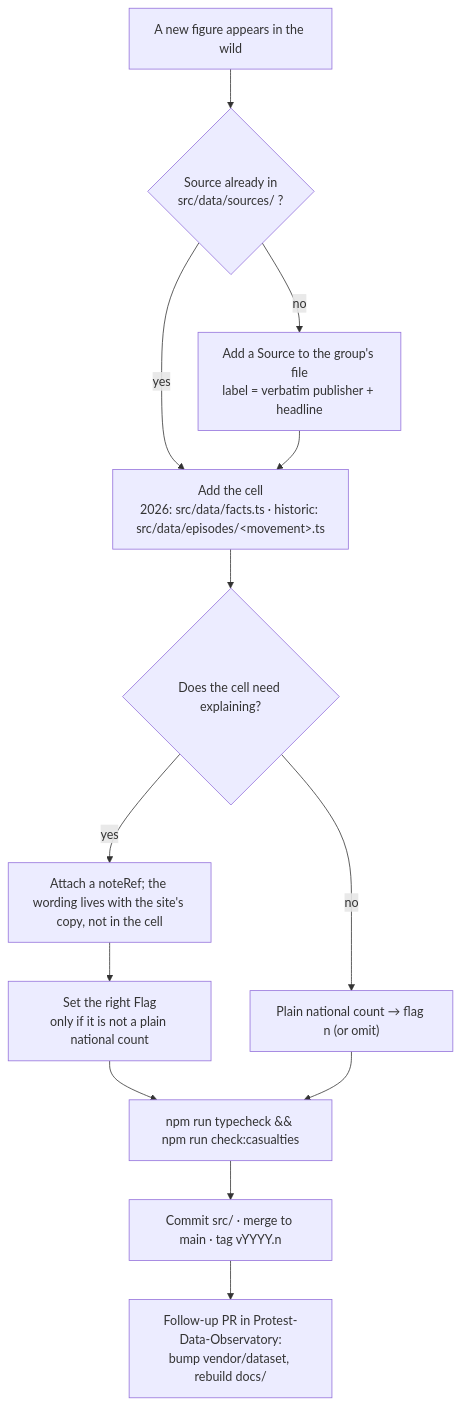
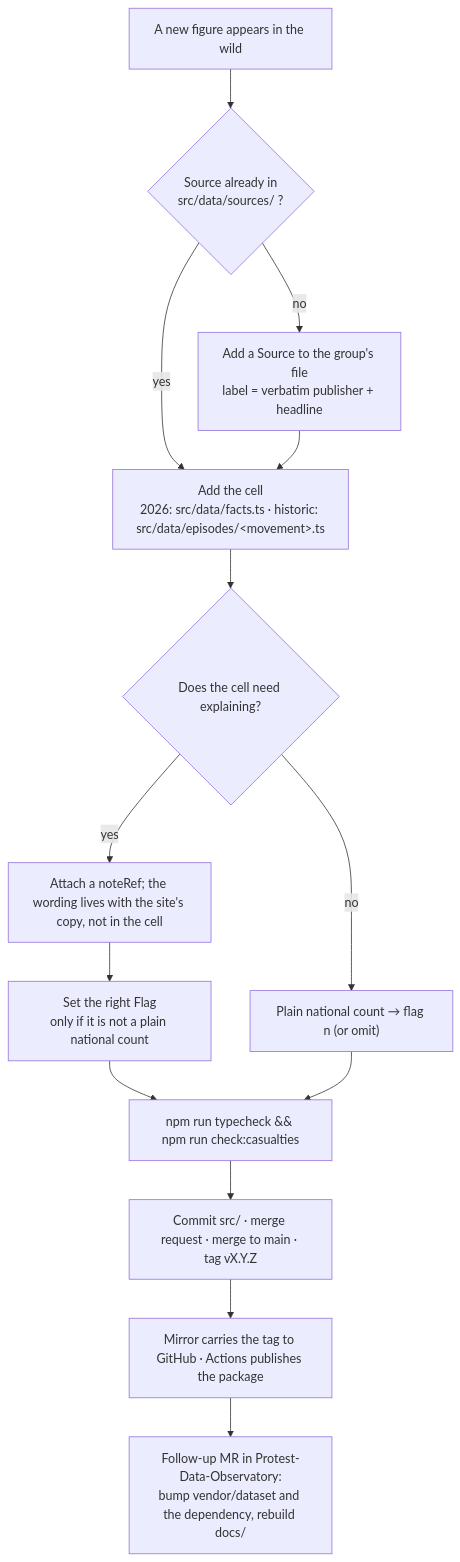
Before and after one commit to Manifestigations/Dataset: the second of 2 diagrams in README.md, drawn with Mermaid. The commit also changed other lines of this file and 8 other files, not shown here.

````diff
--- a/README.md
+++ b/README.md
@@ -357,15 +431,16 @@
 ```mermaid
 flowchart TD
   A["A new figure appears in the wild"] --> B{"Source already in<br/>src/data/sources/ ?"}
   B -- "no" --> B1["Add a Source to the group's file<br/>label = verbatim publisher + headline"]
   B -- "yes" --> C
   B1 --> C["Add the cell<br/>2026: src/data/facts.ts · historic: src/data/episodes/&lt;movement&gt;.ts"]
   C --> D{"Does the cell need explaining?"}
   D -- "yes" --> D1["Attach a noteRef; the wording lives with the site's copy, not in the cell"]
   D -- "no" --> E["Plain national count → flag n (or omit)"]
   D1 --> F["Set the right Flag<br/>only if it is not a plain national count"]
   F --> G
   E --> G["npm run typecheck && npm run check:casualties"]
-  G --> H["Commit src/ · merge to main · tag vYYYY.n"]
-  H --> I["Follow-up PR in Protest-Data-Observatory:<br/>bump vendor/dataset, rebuild docs/"]
+  G --> H["Commit src/ · merge request · merge to main · tag vX.Y.Z"]
+  H --> I["Mirror carries the tag to GitHub · Actions publishes the package"]
+  I --> J["Follow-up MR in Protest-Data-Observatory:<br/>bump vendor/dataset and the dependency, rebuild docs/"]
 ```
````
